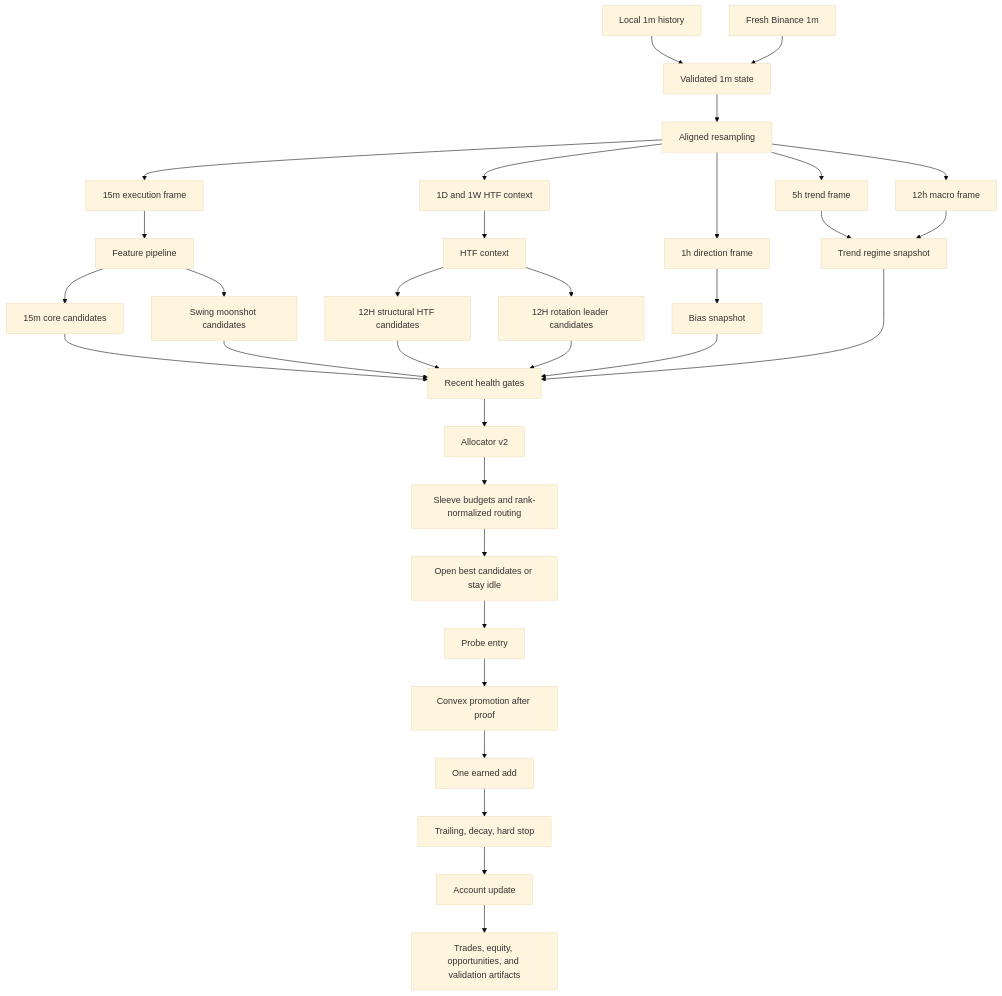
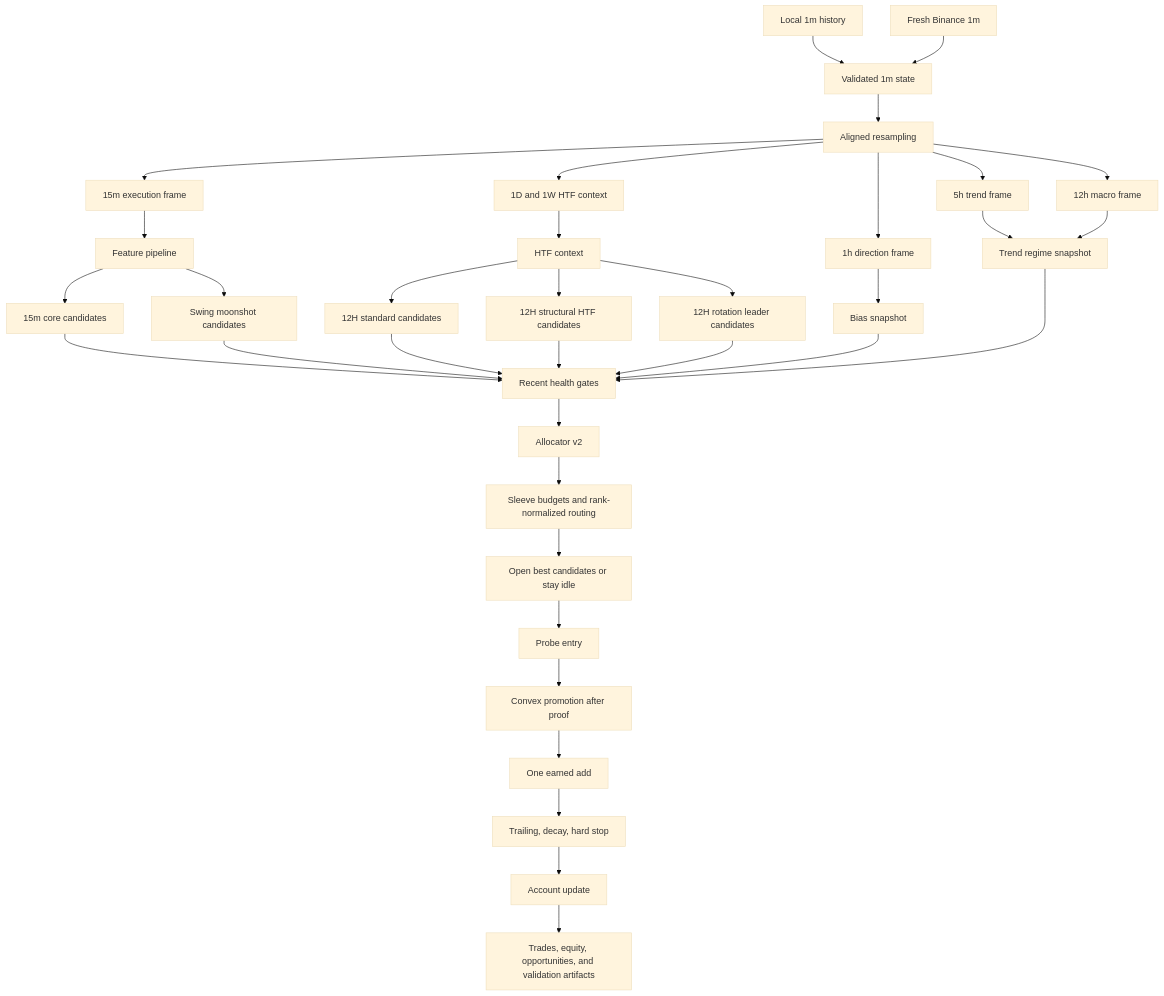
The first of 3 diagrams in README.md (nneupane1/Retail-Trading-System), drawn with Mermaid (base theme) before and after one commit. The commit also changed other lines of this file and 6 other files, not shown here.

````diff
--- a/README.md
+++ b/README.md
@@ -323,43 +326,45 @@
 ```mermaid
 flowchart TD
     A1[Local 1m history]
     A2[Fresh Binance 1m]
     A1 --> A3[Validated 1m state]
     A2 --> A3
     A3 --> A4[Aligned resampling]
 
     A4 --> B1[15m execution frame]
     A4 --> B2[1h direction frame]
     A4 --> B3[5h trend frame]
     A4 --> B4[12h macro frame]
     A4 --> B5[1D and 1W HTF context]
 
     B1 --> C1[Feature pipeline]
     B2 --> C2[Bias snapshot]
     B3 --> C3[Trend regime snapshot]
     B4 --> C3
     B5 --> C4[HTF context]
 
     C1 --> D1[15m core candidates]
     C1 --> D2[Swing moonshot candidates]
-    C4 --> D3[12H structural HTF candidates]
-    C4 --> D4[12H rotation leader candidates]
+    C4 --> D3[12H standard candidates]
+    C4 --> D4[12H structural HTF candidates]
+    C4 --> D5[12H rotation leader candidates]
 
     D1 --> E1[Recent health gates]
     D2 --> E1
     D3 --> E1
     D4 --> E1
+    D5 --> E1
     C2 --> E1
     C3 --> E1
 
     E1 --> E2[Allocator v2]
     E2 --> E3[Sleeve budgets and rank-normalized routing]
     E3 --> E4[Open best candidates or stay idle]
 
     E4 --> F1[Probe entry]
     F1 --> F2[Convex promotion after proof]
     F2 --> F3[One earned add]
     F3 --> F4[Trailing, decay, hard stop]
     F4 --> F5[Account update]
     F5 --> G[Trades, equity, opportunities, and validation artifacts]
 ```
````
